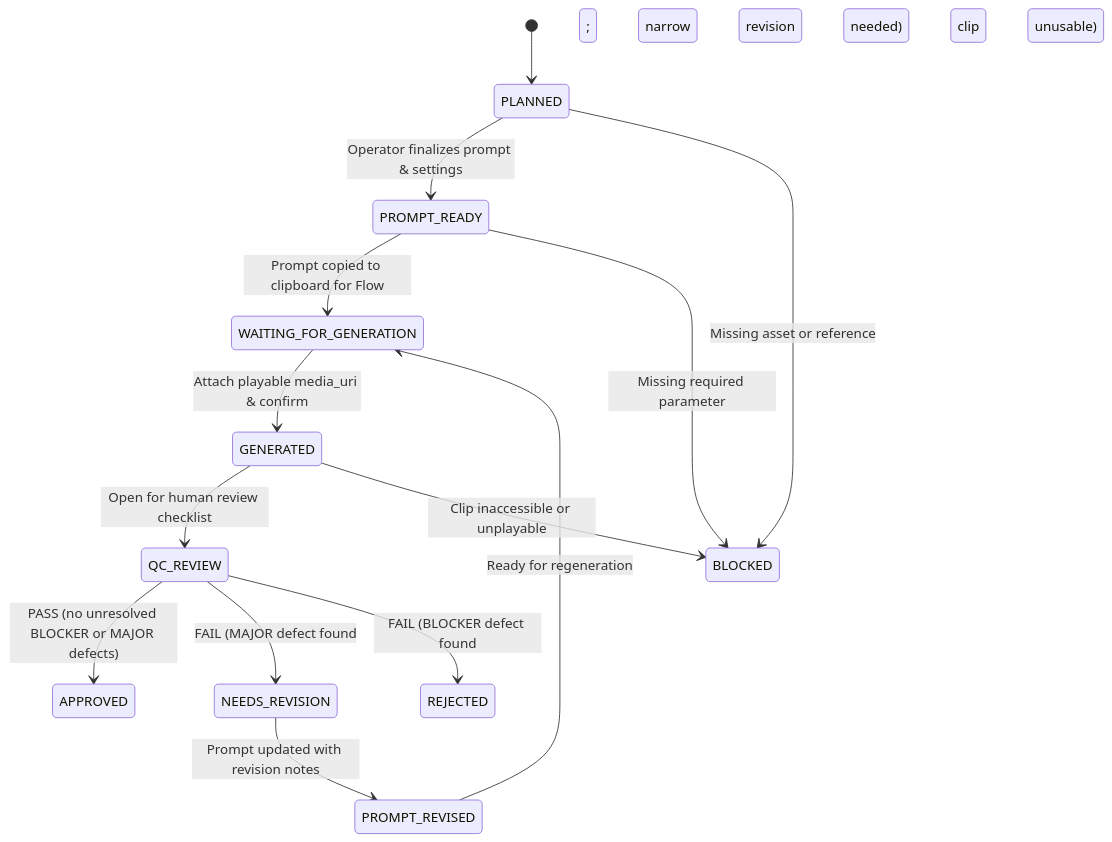
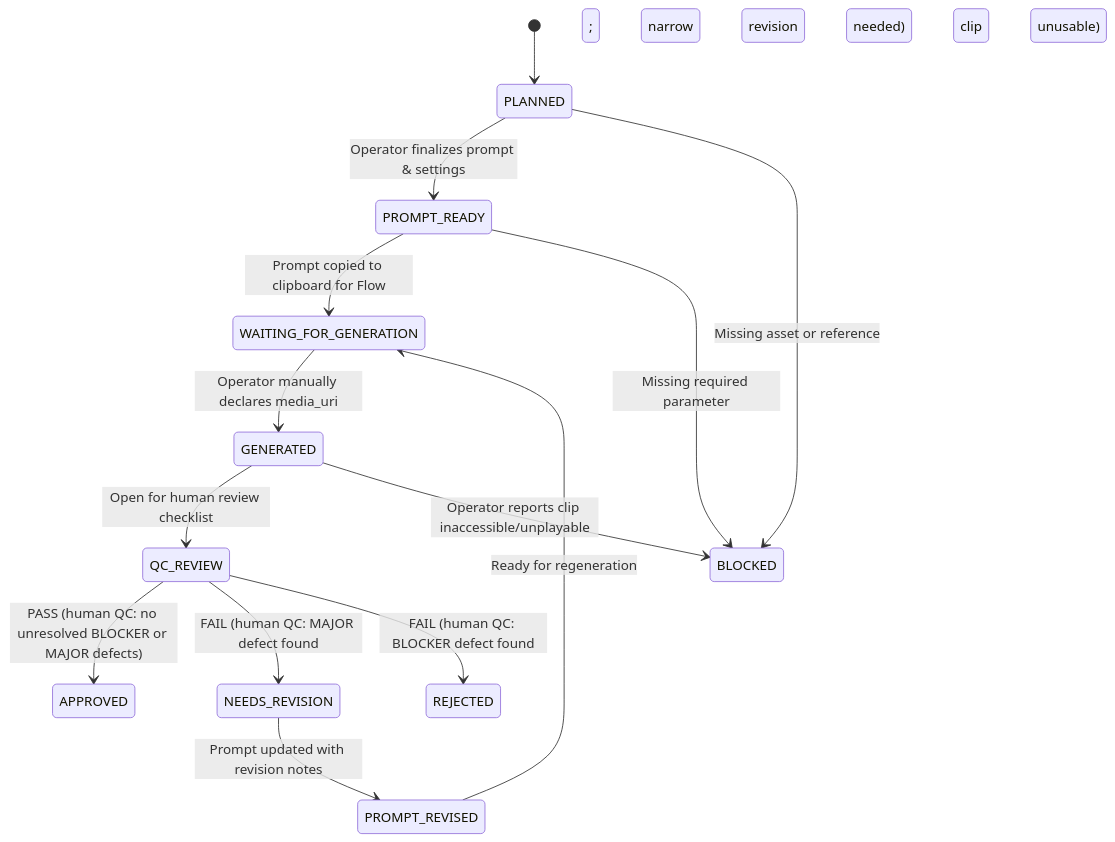
One commit to gonegirl07/GoGlow changed the diagram in docs/ui-ux-spec.md. Above: the diagram before and after it, drawn with Mermaid. The commit also changed other lines of this file, not shown here.

````diff
--- a/docs/ui-ux-spec.md
+++ b/docs/ui-ux-spec.md
@@ -206,16 +208,16 @@
 ```mermaid
 stateDiagram-v2
     [*] --> PLANNED
     PLANNED --> PROMPT_READY : Operator finalizes prompt & settings
     PROMPT_READY --> WAITING_FOR_GENERATION : Prompt copied to clipboard for Flow
-    WAITING_FOR_GENERATION --> GENERATED : Attach playable media_uri & confirm
+    WAITING_FOR_GENERATION --> GENERATED : Operator manually declares media_uri
     GENERATED --> QC_REVIEW : Open for human review checklist
-    QC_REVIEW --> APPROVED : PASS (no unresolved BLOCKER or MAJOR defects)
-    QC_REVIEW --> NEEDS_REVISION : FAIL (MAJOR defect found; narrow revision needed)
-    QC_REVIEW --> REJECTED : FAIL (BLOCKER defect found; clip unusable)
+    QC_REVIEW --> APPROVED : PASS (human QC: no unresolved BLOCKER or MAJOR defects)
+    QC_REVIEW --> NEEDS_REVISION : FAIL (human QC: MAJOR defect found; narrow revision needed)
+    QC_REVIEW --> REJECTED : FAIL (human QC: BLOCKER defect found; clip unusable)
     NEEDS_REVISION --> PROMPT_REVISED : Prompt updated with revision notes
     PROMPT_REVISED --> WAITING_FOR_GENERATION : Ready for regeneration
     PLANNED --> BLOCKED : Missing asset or reference
     PROMPT_READY --> BLOCKED : Missing required parameter
-    GENERATED --> BLOCKED : Clip inaccessible or unplayable
+    GENERATED --> BLOCKED : Operator reports clip inaccessible/unplayable
 ```
````
